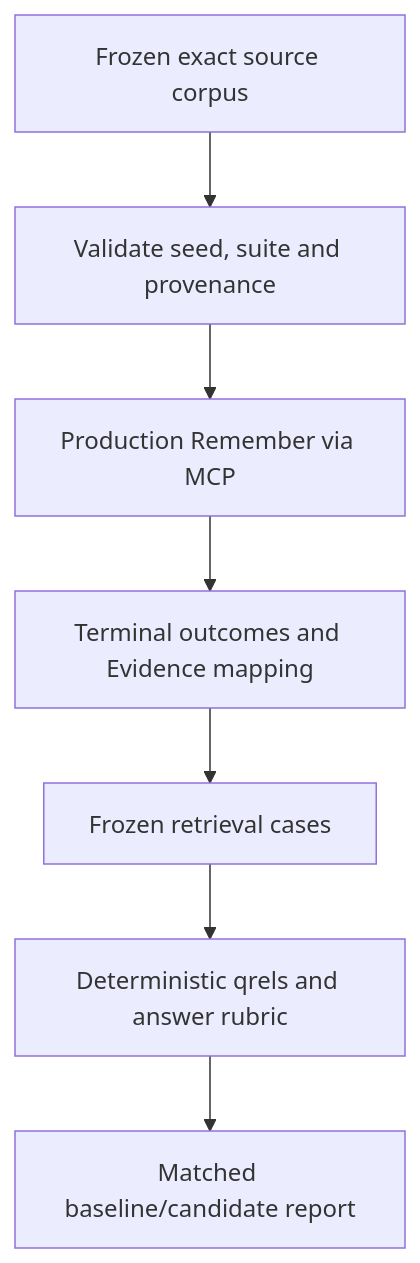
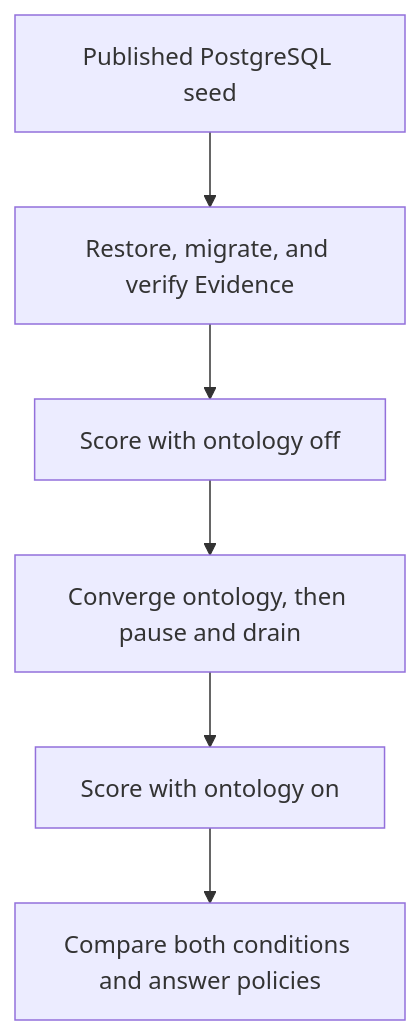
The diagram in Evaluation.md (markhuangai/dense-mem), drawn with Mermaid before and after one commit. The commit also changed other lines of this file, not shown here.

````diff
--- a/Evaluation.md
+++ b/Evaluation.md
@@ -11,10 +17,8 @@
 ```mermaid
-%%{init: {"flowchart": {"curve": "linear"}}}%%
 flowchart TB
-  Corpus["Frozen exact source corpus"] --> Validate["Validate seed, suite and provenance"]
-  Validate --> Remember["Production Remember via MCP"]
-  Remember --> Mapping["Terminal outcomes and Evidence mapping"]
-  Mapping --> Recall["Frozen retrieval cases"]
-  Recall --> Score["Deterministic qrels and answer rubric"]
-  Score --> Compare["Matched baseline/candidate report"]
+  Seed["Published PostgreSQL seed"] --> Verify["Restore, migrate, and verify Evidence"]
+  Verify --> Off["Score with ontology off"]
+  Off --> Converge["Converge ontology, then pause and drain"]
+  Converge --> On["Score with ontology on"]
+  On --> Report["Compare both conditions and answer policies"]
 ```
````
